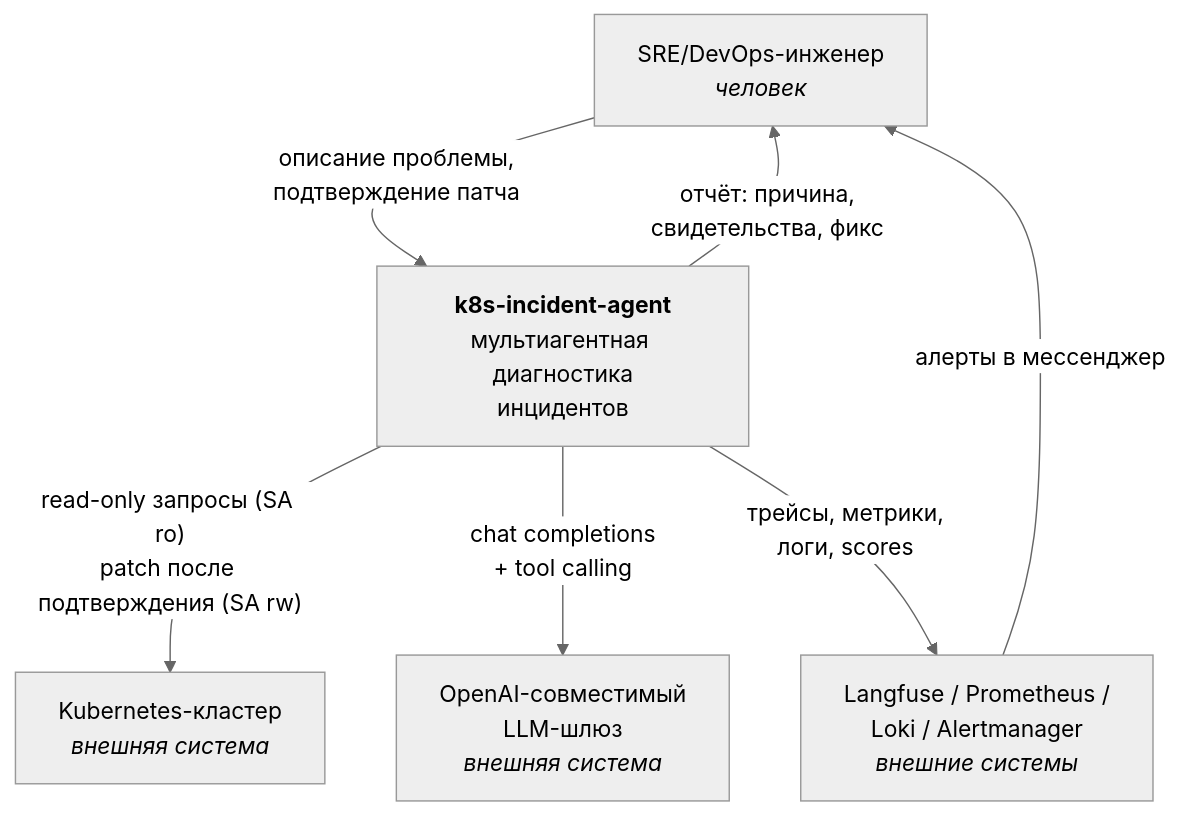
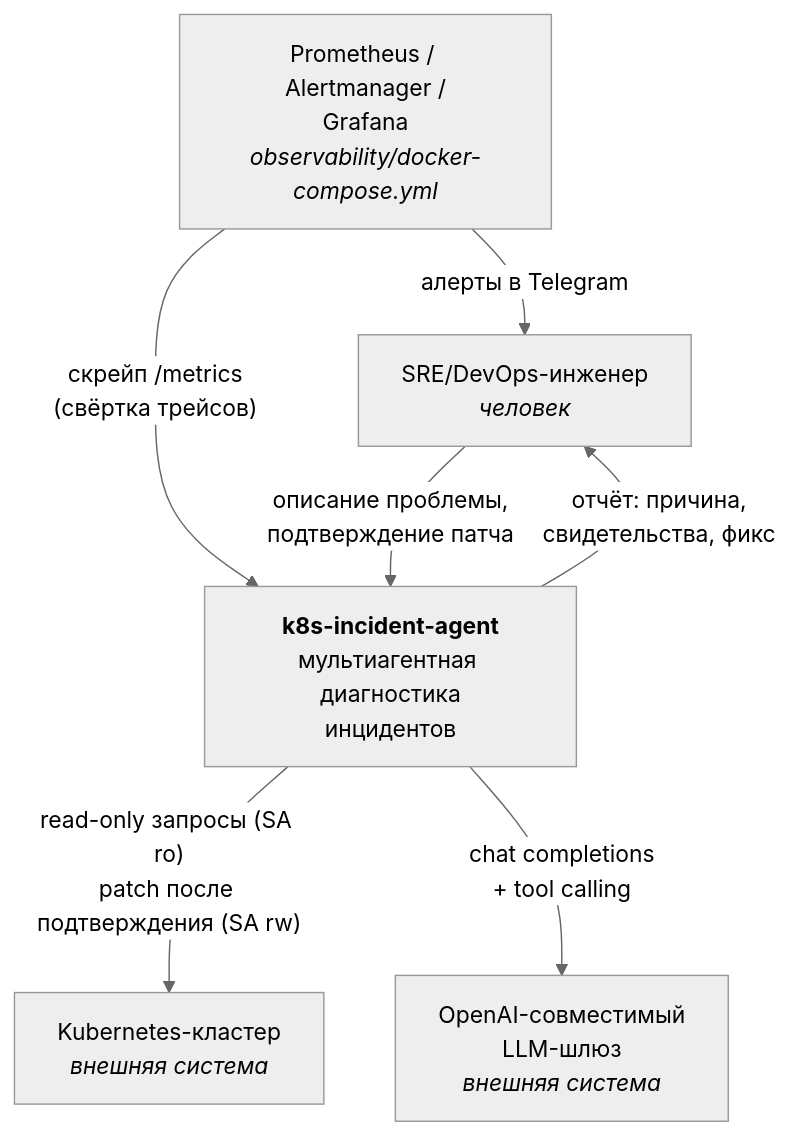
Before and after one commit to fastrapier/k8s-agent: the first of 5 diagrams in docs/ARCHITECTURE.md, drawn with Mermaid (neutral theme). The commit also changed other lines of this file and 17 other files, not shown here.

Commit message:
М9: ARCHITECTURE сверена с кодом, ADR 0001–0010, глоссарий CONTEXT.md

````diff
--- a/docs/ARCHITECTURE.md
+++ b/docs/ARCHITECTURE.md
@@ -17,15 +17,15 @@
 ```mermaid
 flowchart TB
     eng["SRE/DevOps-инженер<br/><i>человек</i>"]
     sys["<b>k8s-incident-agent</b><br/>мультиагентная диагностика<br/>инцидентов"]
     k8s["Kubernetes-кластер<br/><i>внешняя система</i>"]
     llm["OpenAI-совместимый<br/>LLM-шлюз<br/><i>внешняя система</i>"]
-    obs["Langfuse / Prometheus /<br/>Loki / Alertmanager<br/><i>внешние системы</i>"]
+    obs["Prometheus / Alertmanager /<br/>Grafana<br/><i>observability/docker-compose.yml</i>"]
 
     eng -->|"описание проблемы,<br/>подтверждение патча"| sys
     sys -->|"отчёт: причина,<br/>свидетельства, фикс"| eng
     sys -->|"read-only запросы (SA ro)<br/>patch после подтверждения (SA rw)"| k8s
     sys -->|"chat completions<br/>+ tool calling"| llm
-    sys -->|"трейсы, метрики,<br/>логи, scores"| obs
-    obs -->|"алерты в мессенджер"| eng
+    obs -->|"скрейп /metrics<br/>(свёртка трейсов)"| sys
+    obs -->|"алерты в Telegram"| eng
 ```
````
